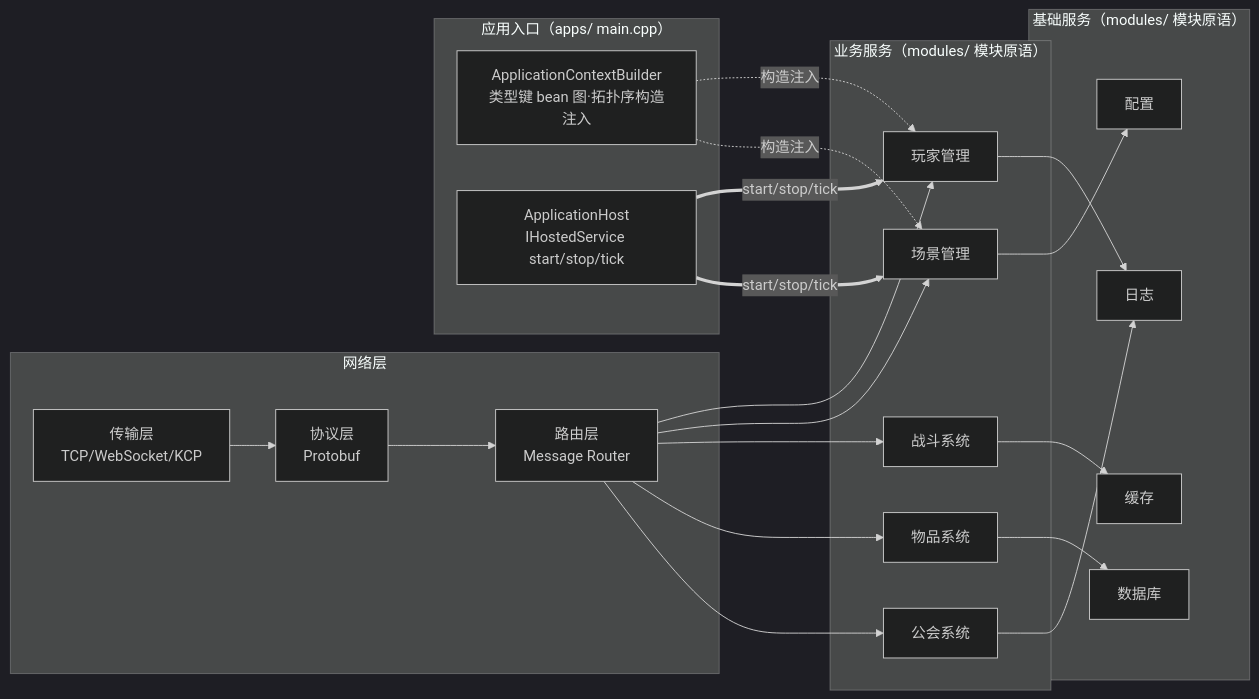
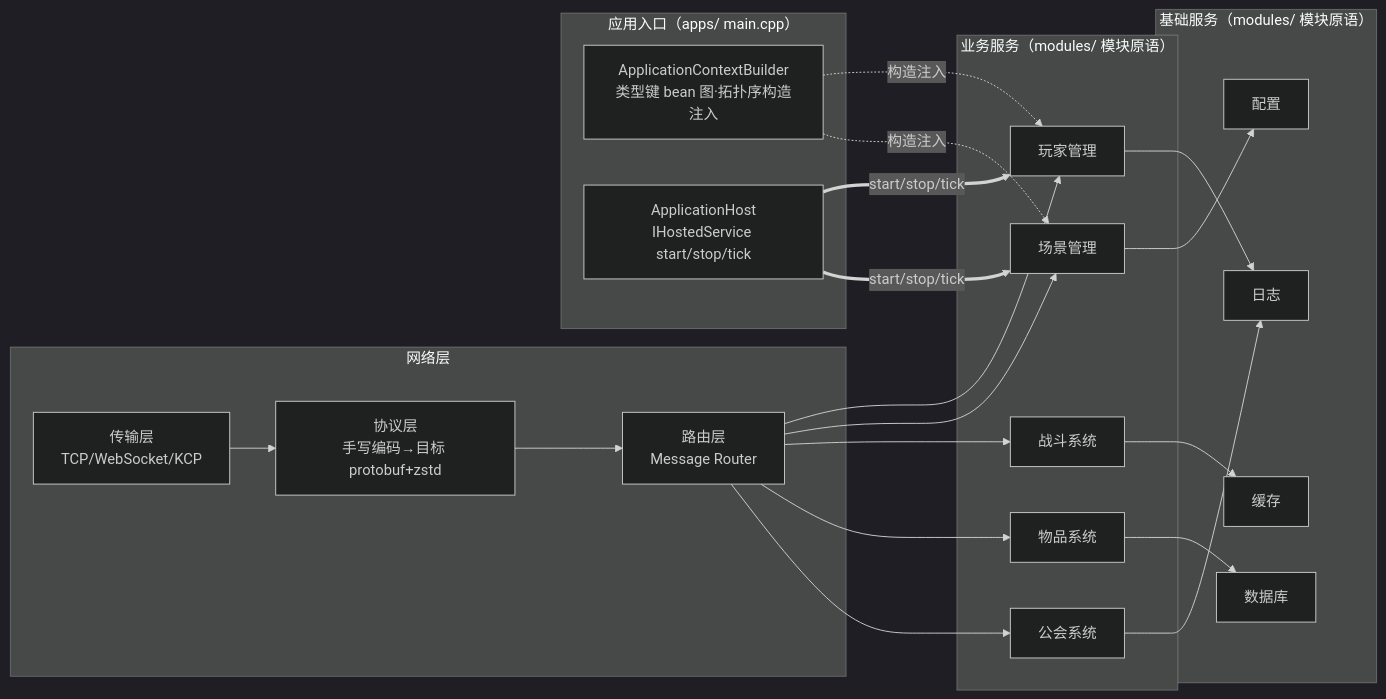
The second of 3 diagrams in README.md (cuihairu/apollo), drawn with Mermaid (dark theme) before and after one commit. The commit also changed other lines of this file, not shown here.

First line of the commit message:
docs(readme): Protobuf 表述对齐现状——目标态 protobuf+zstd，现网手写编码

````diff
--- a/README.md
+++ b/README.md
@@ -118,47 +118,47 @@
 ```mermaid
 graph LR
     subgraph "网络层"
         T1[传输层<br/>TCP/WebSocket/KCP]
-        P1[协议层<br/>Protobuf]
+        P1[协议层<br/>手写编码→目标 protobuf+zstd]
         R1[路由层<br/>Message Router]
     end
 
     subgraph "业务服务（modules/ 模块原语）"
         A1[玩家管理]
         S1[场景管理]
         B1[战斗系统]
         I1[物品系统]
         G1[公会系统]
     end
 
     subgraph "基础服务（modules/ 模块原语）"
         LOG[日志]
         CONF[配置]
         CACHE[缓存]
         DB[数据库]
     end
 
     subgraph "应用入口（apps/ main.cpp）"
         ASM[ApplicationContextBuilder<br/>类型键 bean 图·拓扑序构造注入]
         HOST[ApplicationHost<br/>IHostedService start/stop/tick]
     end
 
     T1 --> P1
     P1 --> R1
     R1 --> A1
     R1 --> S1
     R1 --> B1
     R1 --> I1
     R1 --> G1
 
     A1 --> LOG
     S1 --> CONF
     B1 --> CACHE
     I1 --> DB
     G1 --> LOG
 
     ASM -.构造注入.-> A1
     ASM -.构造注入.-> S1
     HOST ==start/stop/tick==> A1
     HOST ==start/stop/tick==> S1
 ```
````
